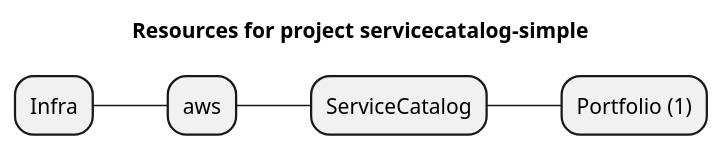
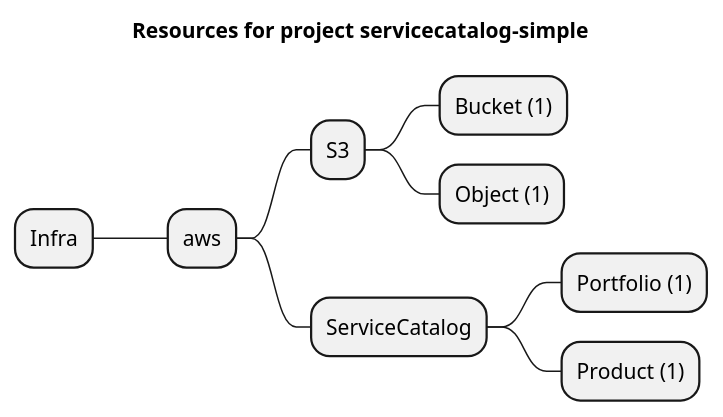
The diagram in examples/aws/ServiceCatalog/servicecatalog-simple/artifacts/resources-mindmap.puml (grucloud/grucloud), drawn with PlantUML before and after one commit. The commit also changed 20 other files, not shown here.

```diff
--- a/examples/aws/ServiceCatalog/servicecatalog-simple/artifacts/resources-mindmap.puml
+++ b/examples/aws/ServiceCatalog/servicecatalog-simple/artifacts/resources-mindmap.puml
@@ -1,8 +1,12 @@
 @startmindmap
 title Resources for project servicecatalog-simple
 skinparam monochrome true
 + Infra
 ++ aws
++++ S3
+++++ Bucket (1)
+++++ Object (1)
 +++ ServiceCatalog
 ++++ Portfolio (1)
+++++ Product (1)
 @endmindmap
```
